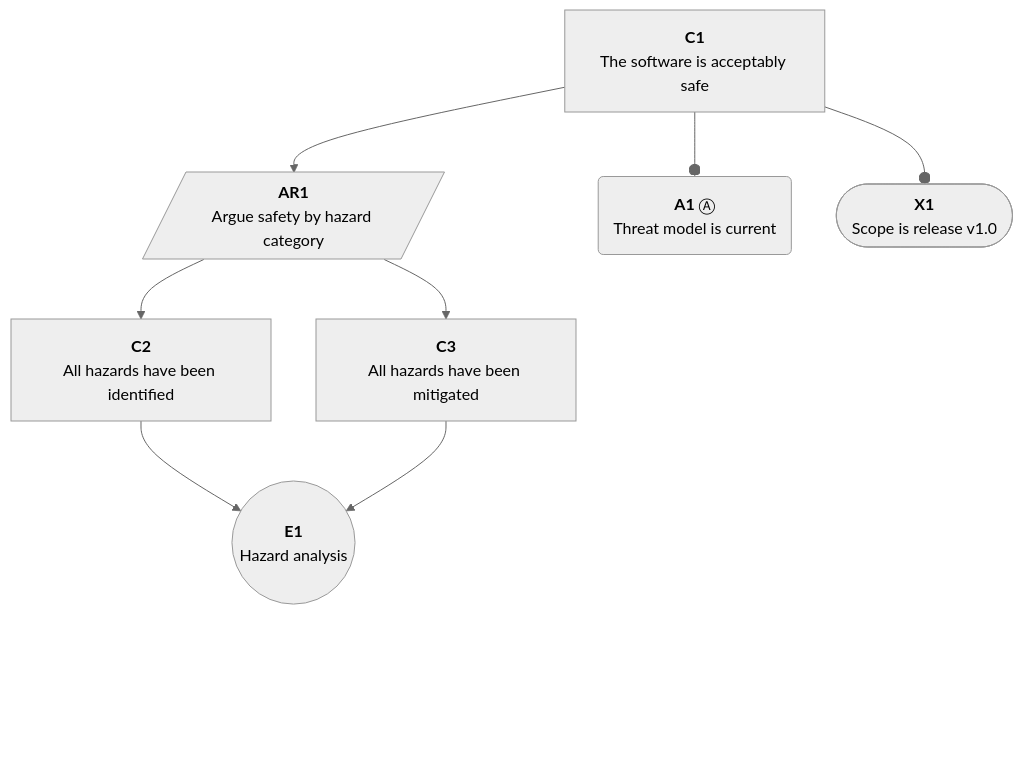
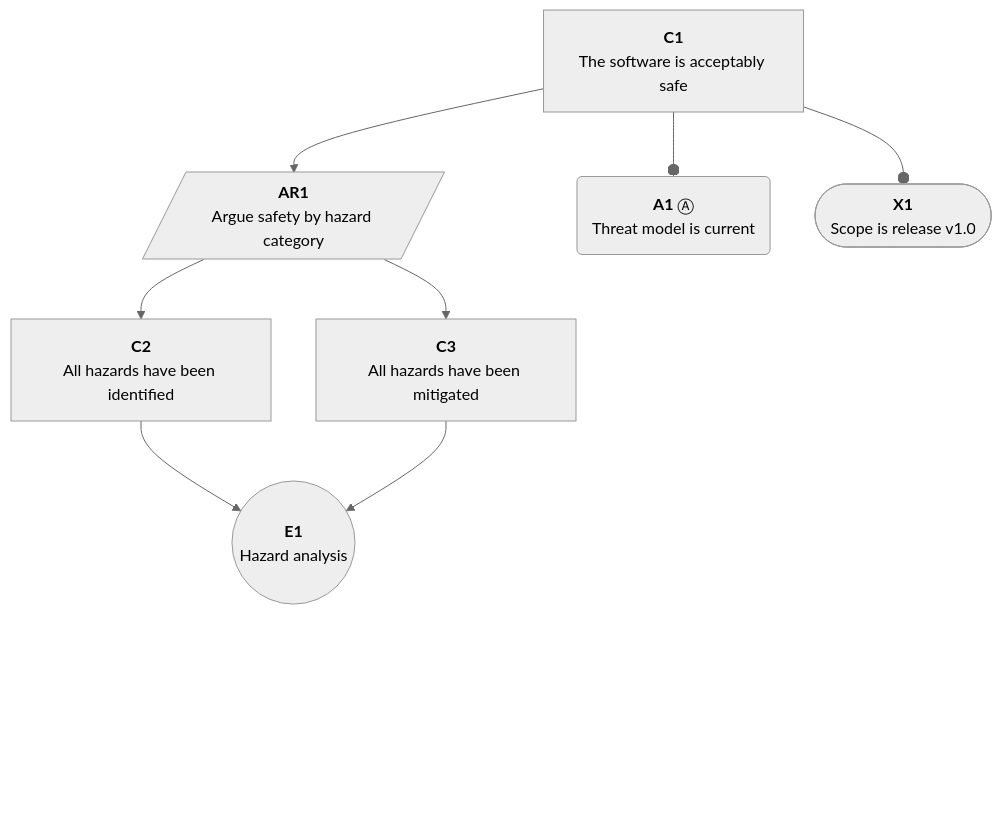
The diagram in tests/fixtures/simple.gsn.mermaid.expected.md (david-a-wheeler/verocase), drawn with Mermaid before and after one commit. The commit also changed 8 other files, not shown here.

Commit message:
Increase bottom padding by lengthening connector

````diff
--- a/tests/fixtures/simple.gsn.mermaid.expected.md
+++ b/tests/fixtures/simple.gsn.mermaid.expected.md
@@ -1,41 +1,41 @@
 ```mermaid
 ---
 config:
   theme: neutral
   flowchart:
     curve: basis
     htmlLabels: true
     rankSpacing: 60
     nodeSpacing: 45
     padding: 15
 ---
 flowchart TD
     classDef invisible opacity:0
     classDef gsnUndev stroke-width:2px,stroke-dasharray: 5 5;
     classDef connector fill:none,stroke:#cccccc,stroke-width:1px;
     C1["<b>C1</b><br>The software is acceptably safe"]
     AR1[/"<b>AR1</b><br>Argue safety by hazard category"/]
     A1("<b>A1</b>&nbsp;Ⓐ<br>Threat model is current")
     X1(["<b>X1</b><br>Scope is release v1.0"])
     C2["<b>C2</b><br>All hazards have been identified"]
     C3["<b>C3</b><br>All hazards have been mitigated"]
     E1(("<b>E1</b><br>Hazard analysis"))
     click C1 "https://github.com/david-a-wheeler/verocase/blob/main/tests/fixtures/simple.gsn.mermaid.expected.md#claim-c1"
     click AR1 "https://github.com/david-a-wheeler/verocase/blob/main/tests/fixtures/simple.gsn.mermaid.expected.md#strategy-ar1"
     click A1 "https://github.com/david-a-wheeler/verocase/blob/main/tests/fixtures/simple.gsn.mermaid.expected.md#assumption-a1"
     click X1 "https://github.com/david-a-wheeler/verocase/blob/main/tests/fixtures/simple.gsn.mermaid.expected.md#context-x1"
     click C2 "https://github.com/david-a-wheeler/verocase/blob/main/tests/fixtures/simple.gsn.mermaid.expected.md#claim-c2"
     click C3 "https://github.com/david-a-wheeler/verocase/blob/main/tests/fixtures/simple.gsn.mermaid.expected.md#claim-c3"
     click E1 "https://github.com/david-a-wheeler/verocase/blob/main/tests/fixtures/simple.gsn.mermaid.expected.md#evidence-e1"
 
     C1 --> AR1
     AR1 --> C2
     C2 --> E1
     AR1 --> C3
     C3 --> E1
     C1 --o A1
     C1 --o X1
-    E1 ~~~ BottomPadding1["<br/><br/><br/>"]:::invisible
-    A1 ~~~ BottomPadding2["<br/><br/><br/>"]:::invisible
-    X1 ~~~ BottomPadding3["<br/><br/><br/>"]:::invisible
+    E1 ~~~~ BottomPadding1["<br/><br/><br/>"]:::invisible
+    A1 ~~~~ BottomPadding2["<br/><br/><br/>"]:::invisible
+    X1 ~~~~ BottomPadding3["<br/><br/><br/>"]:::invisible
 ```
````
